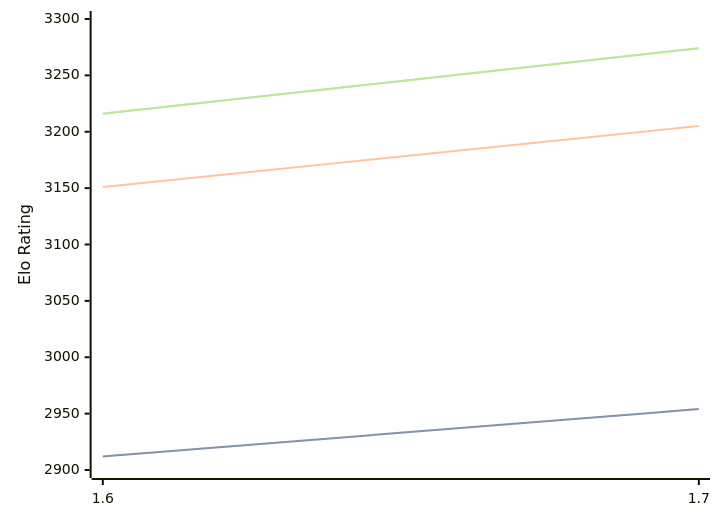
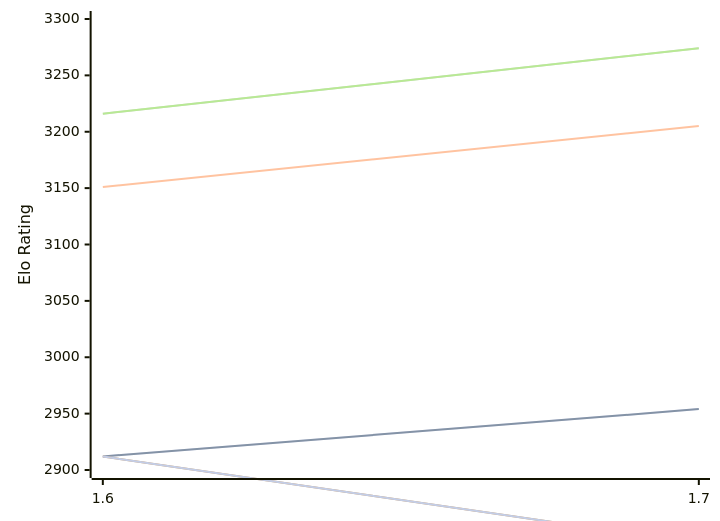
One commit to computer-chess-index/cci changed the diagram in engines/Bitbit.md. Above: the diagram before and after it, drawn with Mermaid. The commit also changed other lines of this file, not shown here.

Commit message:
Update CCI Ratings (ELO VLTC) - 2026-10-11

````diff
--- a/engines/Bitbit.md
+++ b/engines/Bitbit.md
@@ -48,16 +48,13 @@
 ```mermaid
 %%{init: {"theme":"base","themeVariables":{"seriesColors:['#a3a3a3','#222221','#faa371']}}}%%
 xychart-beta
   x-axis ["1.6", "1.7"]
   y-axis "Elo Rating" 2900 --> 3300
   line "" [2912, 2954]
   line "T1: STC (8.0+0.08s)" [2912, 2954]
   line "T1: LTC (60.0+0.60s)" [3151, 3205]
   line "" [3216, 3274]
   line "T1: VLTC (2m24s+1.12s)" [3216, 3274]
-  line "" [2822]
-  line "E1: STC (8.0+0.08s)" [2822]
-  line "E1: LTC (60.0+0.60s)" [3127]
-  line "" [3204]
-  line "E1: VLTC (2m24s+1.12s)" [3204]
+  line "" [2912,2835]
+  line "E1: STC (8.0+0.08s)" [2912,2835]
 ```
````
